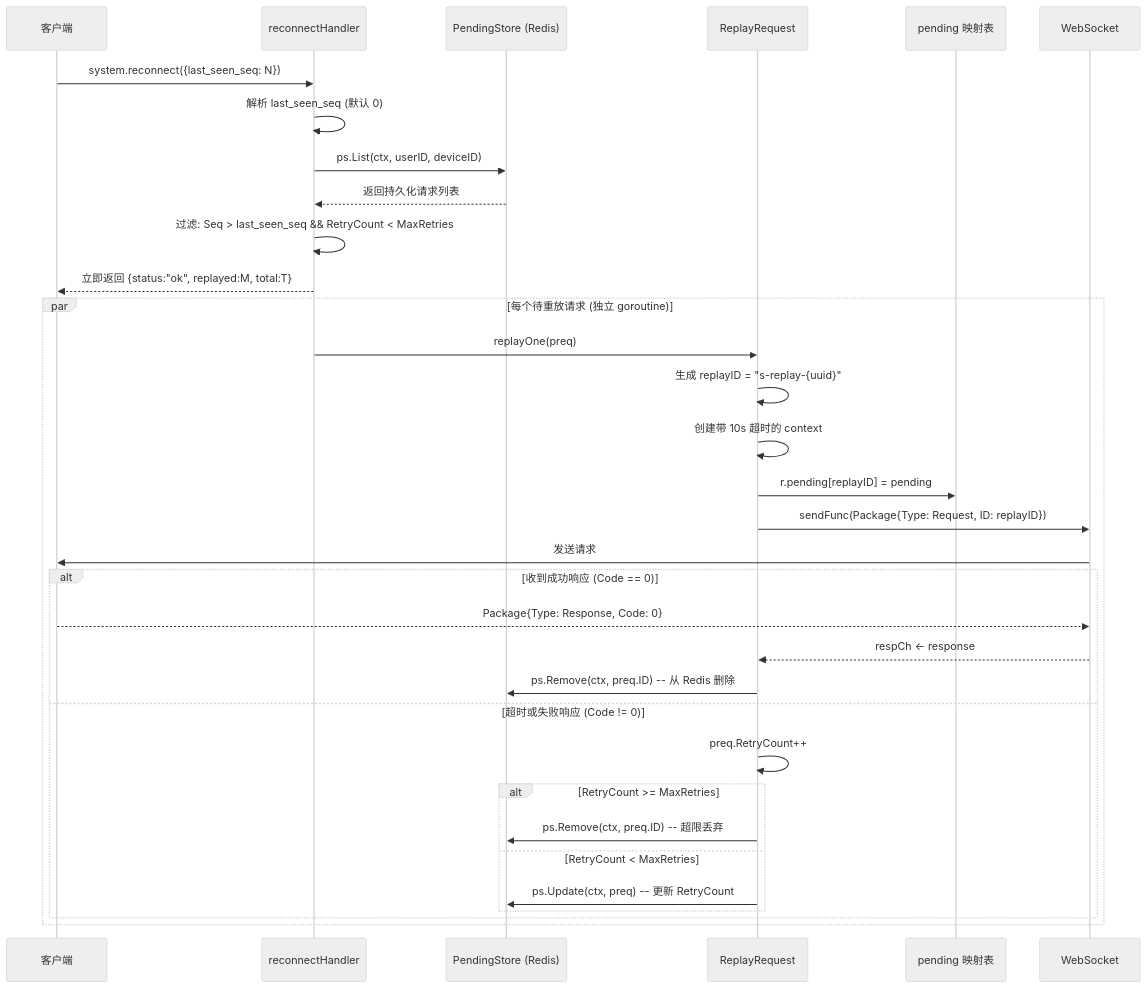
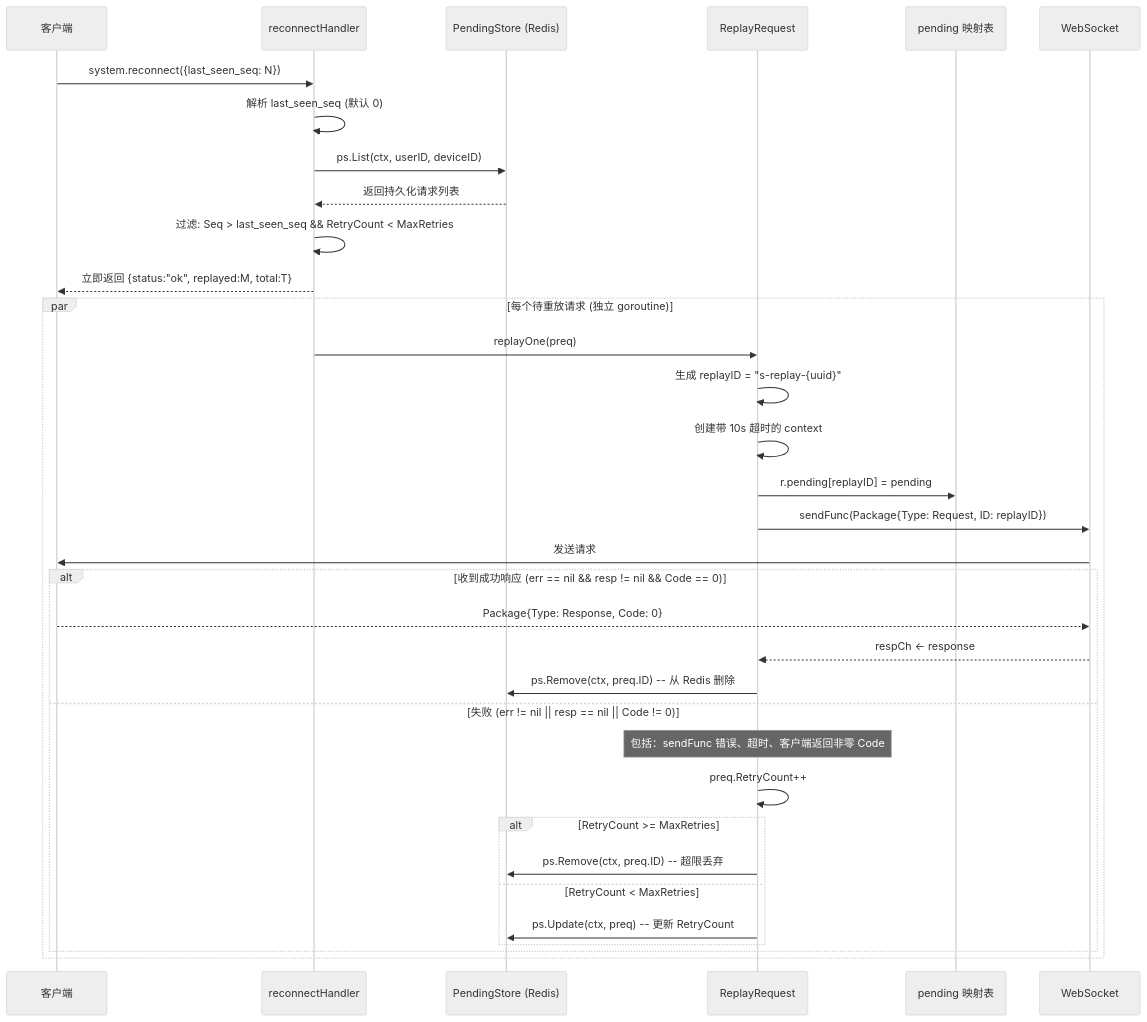
Before and after one commit to PineappleBond/xyncra-server: the eighth of 12 diagrams in wiki/flows/reverse-rpc.md, drawn with Mermaid (neutral theme). The commit also changed other lines of this file and 21 other files, not shown here.

````diff
--- a/wiki/flows/reverse-rpc.md
+++ b/wiki/flows/reverse-rpc.md
@@ -552,40 +553,41 @@
 ```mermaid
 sequenceDiagram
     participant Client as 客户端
     participant RH as reconnectHandler
     participant Store as PendingStore (Redis)
     participant RR as ReplayRequest
     participant Pending as pending 映射表
     participant WS as WebSocket
 
     Client->>RH: system.reconnect({last_seen_seq: N})
     RH->>RH: 解析 last_seen_seq (默认 0)
     RH->>Store: ps.List(ctx, userID, deviceID)
     Store-->>RH: 返回持久化请求列表
 
     RH->>RH: 过滤: Seq > last_seen_seq && RetryCount < MaxRetries
 
     RH-->>Client: 立即返回 {status:"ok", replayed:M, total:T}
 
     par 每个待重放请求 (独立 goroutine)
         RH->>RR: replayOne(preq)
         RR->>RR: 生成 replayID = "s-replay-{uuid}"
         RR->>RR: 创建带 10s 超时的 context
         RR->>Pending: r.pending[replayID] = pending
         RR->>WS: sendFunc(Package{Type: Request, ID: replayID})
         WS->>Client: 发送请求
 
-        alt 收到成功响应 (Code == 0)
+        alt 收到成功响应 (err == nil && resp != nil && Code == 0)
             Client-->>WS: Package{Type: Response, Code: 0}
             WS-->>RR: respCh <- response
             RR->>Store: ps.Remove(ctx, preq.ID) -- 从 Redis 删除
-        else 超时或失败响应 (Code != 0)
+        else 失败 (err != nil || resp == nil || Code != 0)
+            Note over RR: 包括：sendFunc 错误、超时、客户端返回非零 Code
             RR->>RR: preq.RetryCount++
             alt RetryCount >= MaxRetries
                 RR->>Store: ps.Remove(ctx, preq.ID) -- 超限丢弃
             else RetryCount < MaxRetries
                 RR->>Store: ps.Update(ctx, preq) -- 更新 RetryCount
             end
         end
     end
 ```
````
